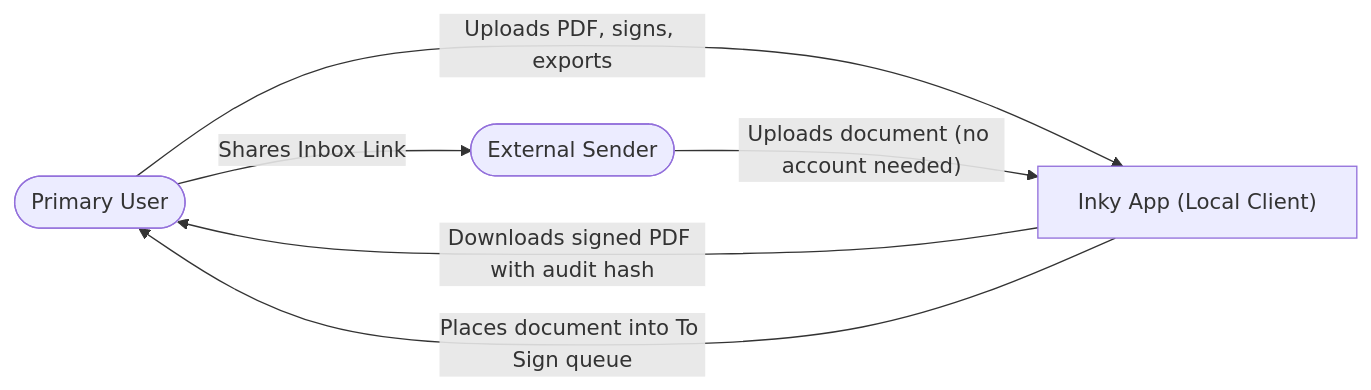
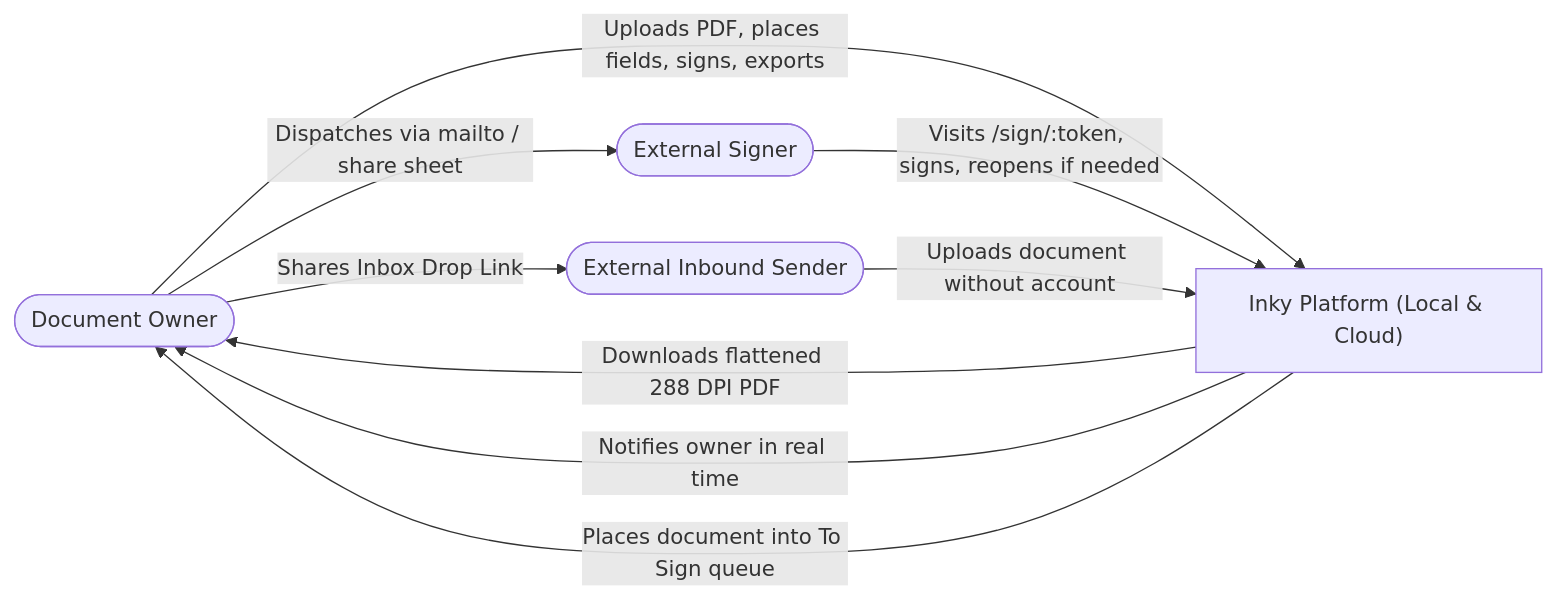
Before and after one commit to nyxieeee/Inky: the second of 4 diagrams in esign-app-plan.md, drawn with Mermaid. The commit also changed other lines of this file, not shown here.

Commit message:
docs: update esign-app-plan.md to reflect current Inky technical architecture, unified inbox, and signer portal

````diff
--- a/esign-app-plan.md
+++ b/esign-app-plan.md
@@ -136,12 +154,18 @@
 ```mermaid
 flowchart LR
-    User(["Primary User"])
-    Sender(["External Sender"])
-    Inky["Inky App (Local Client)"]
+    Owner(["Document Owner"])
+    Signer(["External Signer"])
+    Sender(["External Inbound Sender"])
+    Inky["Inky Platform (Local & Cloud)"]
 
-    User -- "Uploads PDF, signs, exports" --> Inky
-    Inky -- "Downloads signed PDF with audit hash" --> User
-    User -- "Shares Inbox Link" --> Sender
-    Sender -- "Uploads document (no account needed)" --> Inky
-    Inky -- "Places document into To Sign queue" --> User
+    Owner -- "Uploads PDF, places fields, signs, exports" --> Inky
+    Inky -- "Downloads flattened 288 DPI PDF" --> Owner
+
+    Owner -- "Dispatches via mailto / share sheet" --> Signer
+    Signer -- "Visits /sign/:token, signs, reopens if needed" --> Inky
+    Inky -- "Notifies owner in real time" --> Owner
+
+    Owner -- "Shares Inbox Drop Link" --> Sender
+    Sender -- "Uploads document without account" --> Inky
+    Inky -- "Places document into To Sign queue" --> Owner
 ```
````
